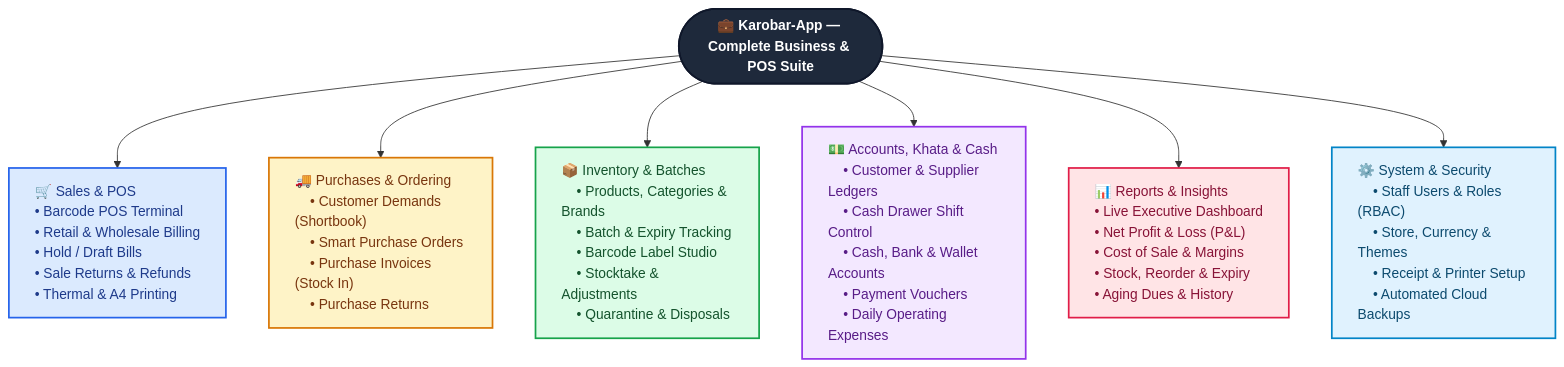
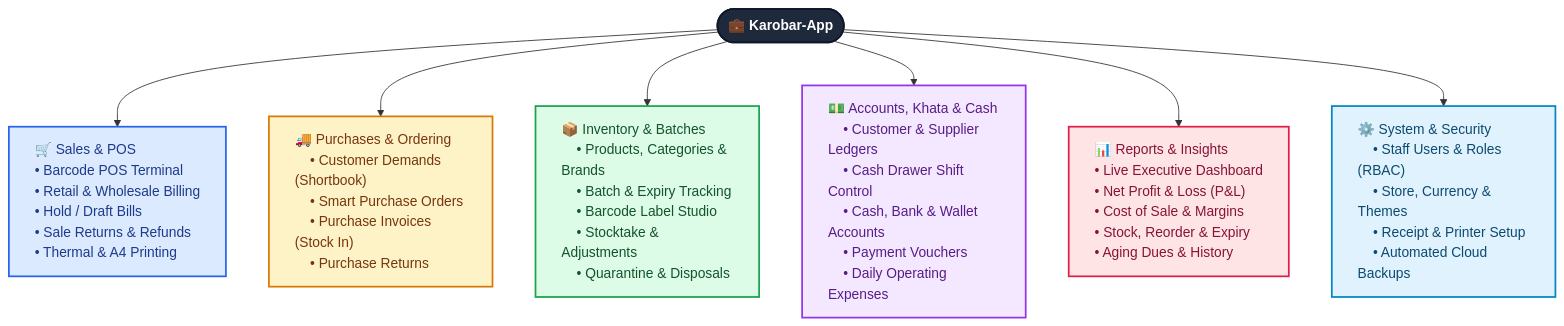
Before and after one commit to shzdasim/Karobar-App: the diagram in README.md, drawn with Mermaid. The commit also changed other lines of this file and 1 other file, not shown here.

````diff
--- a/README.md
+++ b/README.md
@@ -31,67 +31,67 @@
 ```mermaid
 flowchart TD
-    ROOT(["💼 Karobar-App — Complete Business & POS Suite"])
+    ROOT(["💼 Karobar-App"])
 
     ROOT --> SALES
     ROOT --> PURCHASES
     ROOT --> INVENTORY
     ROOT --> FINANCE
     ROOT --> REPORTS
     ROOT --> ADMIN
 
     SALES["🛒 Sales & POS
     • Barcode POS Terminal
     • Retail & Wholesale Billing
     • Hold / Draft Bills
     • Sale Returns & Refunds
     • Thermal & A4 Printing"]
 
     PURCHASES["🚚 Purchases & Ordering
     • Customer Demands (Shortbook)
     • Smart Purchase Orders
     • Purchase Invoices (Stock In)
     • Purchase Returns"]
 
     INVENTORY["📦 Inventory & Batches
     • Products, Categories & Brands
     • Batch & Expiry Tracking
     • Barcode Label Studio
     • Stocktake & Adjustments
     • Quarantine & Disposals"]
 
     FINANCE["💵 Accounts, Khata & Cash
     • Customer & Supplier Ledgers
     • Cash Drawer Shift Control
     • Cash, Bank & Wallet Accounts
     • Payment Vouchers
     • Daily Operating Expenses"]
 
     REPORTS["📊 Reports & Insights
     • Live Executive Dashboard
     • Net Profit & Loss (P&L)
     • Cost of Sale & Margins
     • Stock, Reorder & Expiry
     • Aging Dues & History"]
 
     ADMIN["⚙️ System & Security
     • Staff Users & Roles (RBAC)
     • Store, Currency & Themes
     • Receipt & Printer Setup
     • Automated Cloud Backups"]
 
     classDef rootStyle fill:#1e293b,stroke:#0f172a,stroke-width:2px,color:#ffffff,font-weight:bold
     classDef salesStyle fill:#dbeafe,stroke:#2563eb,stroke-width:2px,color:#1e3a8a,text-align:left
     classDef purchaseStyle fill:#fef3c7,stroke:#d97706,stroke-width:2px,color:#78350f,text-align:left
     classDef inventoryStyle fill:#dcfce7,stroke:#16a34a,stroke-width:2px,color:#14532d,text-align:left
     classDef financeStyle fill:#f3e8ff,stroke:#9333ea,stroke-width:2px,color:#581c87,text-align:left
     classDef reportStyle fill:#ffe4e6,stroke:#e11d48,stroke-width:2px,color:#881337,text-align:left
     classDef adminStyle fill:#e0f2fe,stroke:#0284c7,stroke-width:2px,color:#0c4a6e,text-align:left
 
     class ROOT rootStyle
     class SALES salesStyle
     class PURCHASES purchaseStyle
     class INVENTORY inventoryStyle
     class FINANCE financeStyle
     class REPORTS reportStyle
     class ADMIN adminStyle
 ```
````
